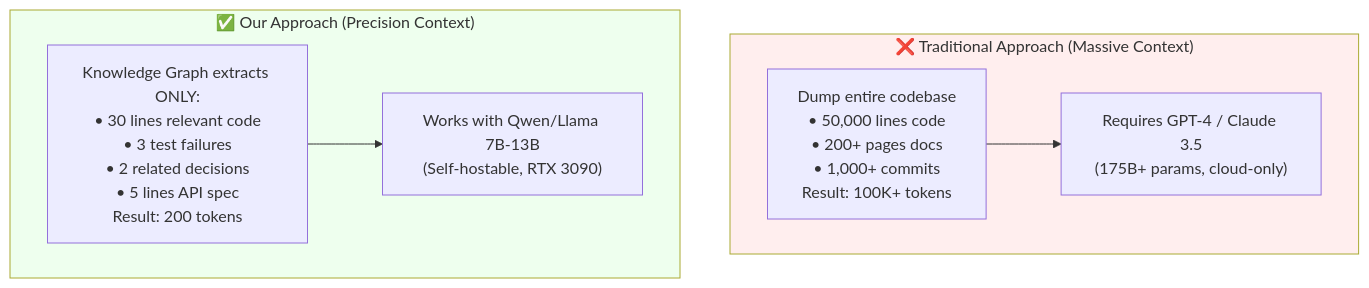
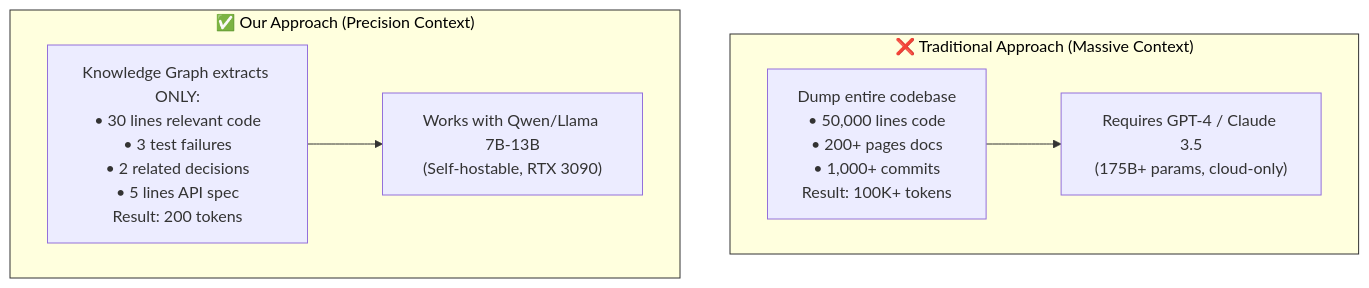
The first of 6 diagrams in README.md (underpass-ai/swe-ai-fleet), drawn with Mermaid before and after one commit. The commit also changed other lines of this file and 17 other files, not shown here.

````diff
--- a/README.md
+++ b/README.md
@@ -64,15 +64,15 @@
 ```mermaid
 graph TB
     subgraph Traditional["❌ Traditional Approach (Massive Context)"]
         TC[Dump entire codebase<br/>• 50,000 lines code<br/>• 200+ pages docs<br/>• 1,000+ commits<br/>Result: 100K+ tokens]
         TC --> TGPT["Requires GPT-4 / Claude 3.5<br/>(175B+ params, cloud-only)"]
     end
 
     subgraph Ours["✅ Our Approach (Precision Context)"]
         KG[Knowledge Graph extracts ONLY:<br/>• 30 lines relevant code<br/>• 3 test failures<br/>• 2 related decisions<br/>• 5 lines API spec<br/>Result: 200 tokens]
         KG --> SMALL["Works with Qwen/Llama 7B-13B<br/>(Self-hostable, RTX 3090)"]
     end
 
-    style Traditional fill:#fee
-    style Ours fill:#efe
+    style Traditional stroke:#333,color:#000
+    style Ours stroke:#333,color:#000
 ```
````
